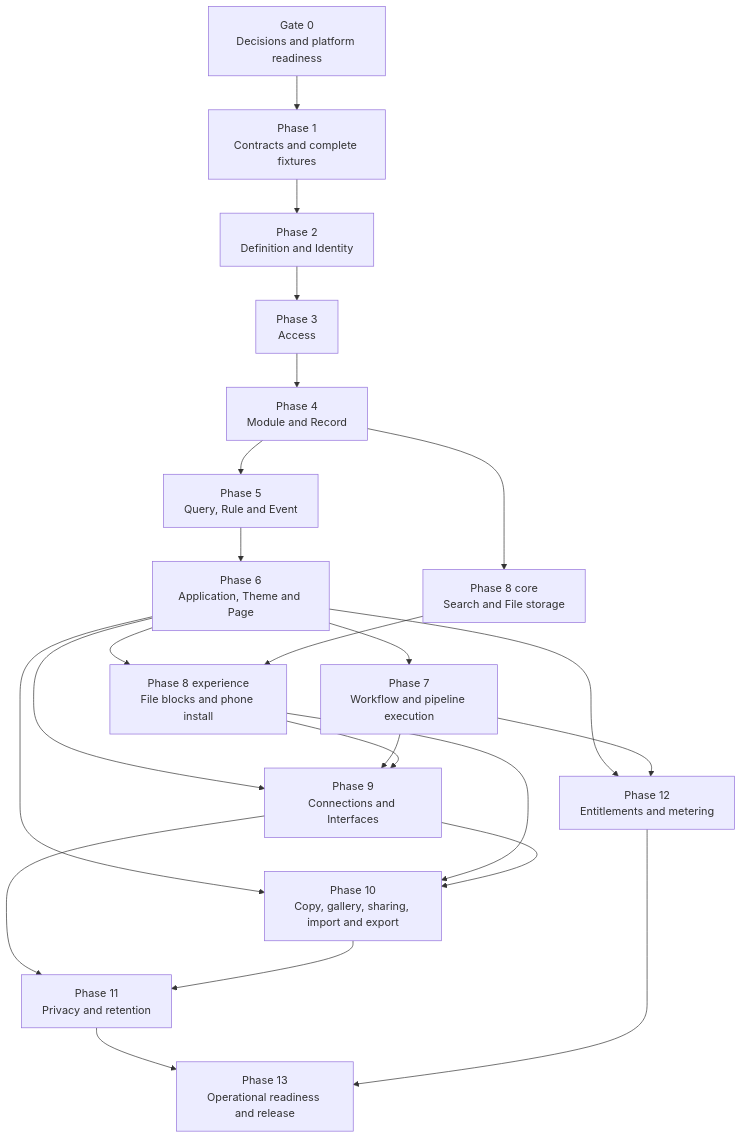
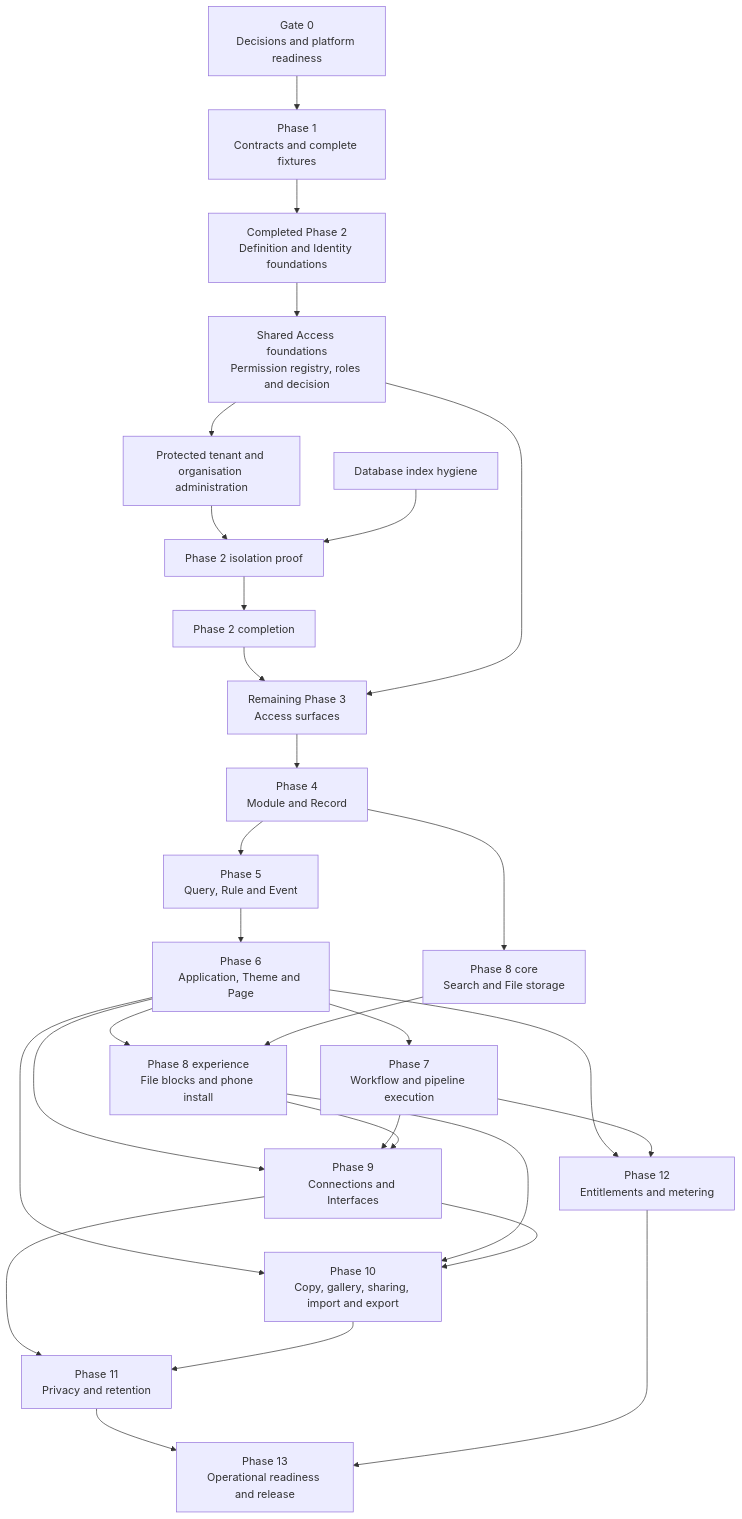
One commit to Abzum-NZ/Abzum-Vortex changed the diagram in docs/build-plan/README.md. Above: the diagram before and after it, drawn with Mermaid. The commit also changed other lines of this file and 8 other files, not shown here.

Commit message:
Clarify organisation-managed roles and access delivery order

````diff
--- a/docs/build-plan/README.md
+++ b/docs/build-plan/README.md
@@ -48,25 +49,31 @@
 ```mermaid
 flowchart TD
     G0[Gate 0<br/>Decisions and platform readiness] --> P1[Phase 1<br/>Contracts and complete fixtures]
-    P1 --> P2[Phase 2<br/>Definition and Identity]
-    P2 --> P3[Phase 3<br/>Access]
+    P2F[Completed Phase 2<br/>Definition and Identity foundations] --> AF[Shared Access foundations<br/>Permission registry, roles and decision]
+    P1 --> P2F
+    AF --> ADM[Protected tenant and organisation administration]
+    ADM --> ISO[Phase 2 isolation proof]
+    HY[Database index hygiene] --> ISO
+    ISO --> P2[Phase 2 completion]
+    P2 --> P3[Remaining Phase 3<br/>Access surfaces]
+    AF --> P3
     P3 --> P4[Phase 4<br/>Module and Record]
     P4 --> P5[Phase 5<br/>Query, Rule and Event]
     P4 --> P8C[Phase 8 core<br/>Search and File storage]
     P5 --> P6[Phase 6<br/>Application, Theme and Page]
     P6 --> P7[Phase 7<br/>Workflow and pipeline execution]
     P6 --> P8U[Phase 8 experience<br/>File blocks and phone install]
     P8C --> P8U
     P6 --> P9[Phase 9<br/>Connections and Interfaces]
     P7 --> P9
     P8U --> P9
     P6 --> P10[Phase 10<br/>Copy, gallery, sharing, import and export]
     P8U --> P10
     P9 --> P10
     P9 --> P11[Phase 11<br/>Privacy and retention]
     P10 --> P11
     P6 --> P12[Phase 12<br/>Entitlements and metering]
     P7 --> P12
     P11 --> P13[Phase 13<br/>Operational readiness and release]
     P12 --> P13
 ```
````
